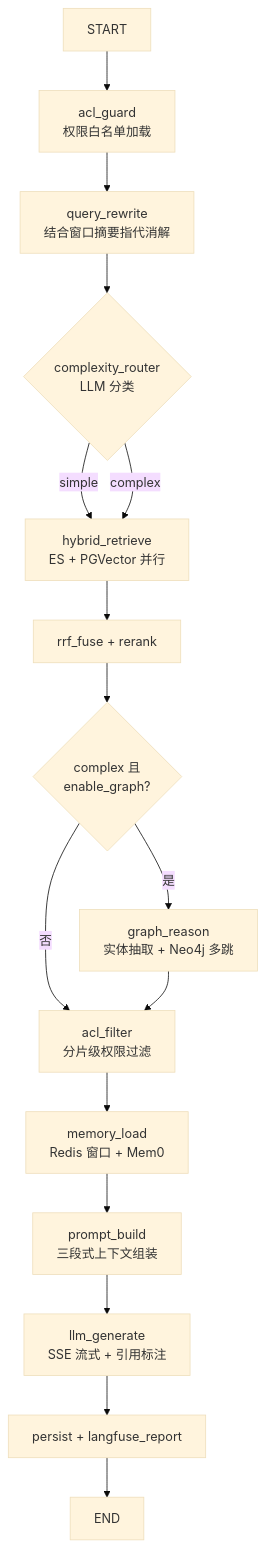
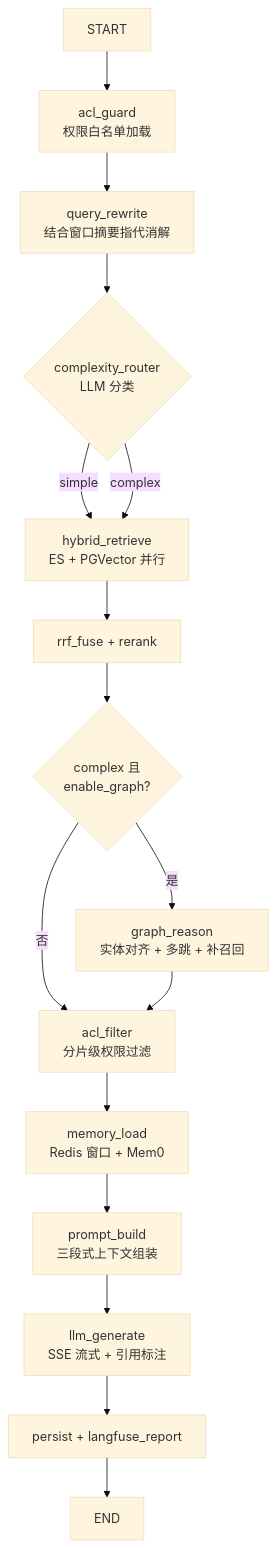
One commit to Fa-haxiki/enterprise-knowlege-hub changed the first of 2 diagrams in docs/05-rag-pipeline.md. Above: the diagram before and after it, drawn with Mermaid (base theme). The commit also changed other lines of this file and 38 other files, not shown here.

First line of the commit message:
feat: 空间图谱浏览、精简实体类型并恢复问答多跳

````diff
--- a/docs/05-rag-pipeline.md
+++ b/docs/05-rag-pipeline.md
@@ -42,18 +42,18 @@
 ```mermaid
 flowchart TB
     START --> aclNode["acl_guard<br/>权限白名单加载"]
     aclNode --> rewriteNode["query_rewrite<br/>结合窗口摘要指代消解"]
     rewriteNode --> routerNode{"complexity_router<br/>LLM 分类"}
     routerNode -->|simple| retrieveNode["hybrid_retrieve<br/>ES + PGVector 并行"]
     routerNode -->|complex| retrieveNode
     retrieveNode --> fuseNode["rrf_fuse + rerank"]
     fuseNode --> graphCheck{"complex 且<br/>enable_graph?"}
-    graphCheck -->|是| graphNode["graph_reason<br/>实体抽取 + Neo4j 多跳"]
+    graphCheck -->|是| graphNode["graph_reason<br/>实体对齐 + 多跳 + 补召回"]
     graphCheck -->|否| aclFilterNode
     graphNode --> aclFilterNode["acl_filter<br/>分片级权限过滤"]
     aclFilterNode --> memoryNode["memory_load<br/>Redis 窗口 + Mem0"]
     memoryNode --> promptNode["prompt_build<br/>三段式上下文组装"]
     promptNode --> genNode["llm_generate<br/>SSE 流式 + 引用标注"]
     genNode --> persistNode["persist + langfuse_report"]
     persistNode --> END
 ```
````
